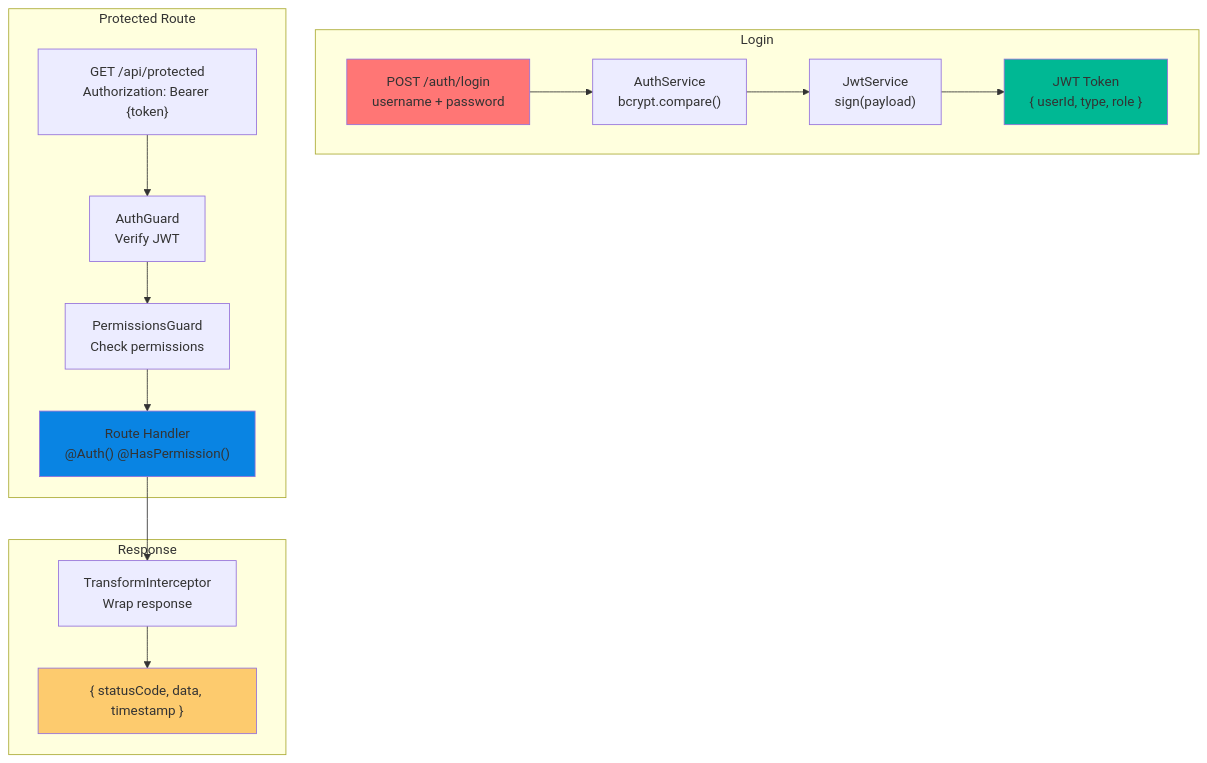
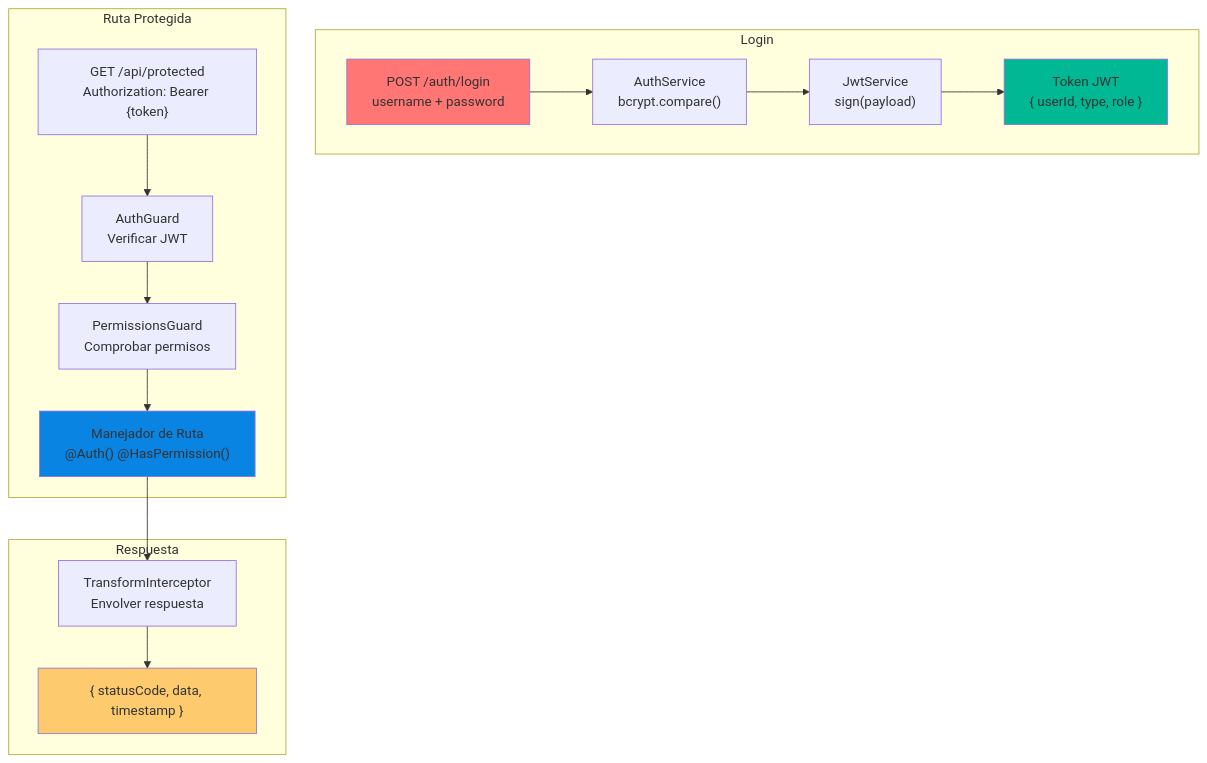
The fourth of 14 diagrams in docs-post-message/docs/backend/architecture/overview.md (Byroncl/laboratory-reviews), drawn with Mermaid before and after one commit. The commit also changed other lines of this file and 17 other files, not shown here.

Commit message:
refactor: implement clean architecture patterns with domains, repositories, use cases, constants, and comprehensive tests

````diff
--- a/docs-post-message/docs/backend/architecture/overview.md
+++ b/docs-post-message/docs/backend/architecture/overview.md
@@ -116,36 +116,36 @@
 ```mermaid
 graph TB
     subgraph "Login"
         LoginCtrl["POST /auth/login<br/>username + password"]
         AuthService["AuthService<br/>bcrypt.compare()"]
         JwtService["JwtService<br/>sign(payload)"]
-        Token["JWT Token<br/>{ userId, type, role }"]
+        Token["Token JWT<br/>{ userId, type, role }"]
     end
     
-    subgraph "Protected Route"
+    subgraph "Ruta Protegida"
         Request["GET /api/protected<br/>Authorization: Bearer {token}"]
-        AuthGuard["AuthGuard<br/>Verify JWT"]
-        PermGuard["PermissionsGuard<br/>Check permissions"]
-        Handler["Route Handler<br/>@Auth() @HasPermission()"]
+        AuthGuard["AuthGuard<br/>Verificar JWT"]
+        PermGuard["PermissionsGuard<br/>Comprobar permisos"]
+        Handler["Manejador de Ruta<br/>@Auth() @HasPermission()"]
     end
     
-    subgraph "Response"
-        TransformInterceptor["TransformInterceptor<br/>Wrap response"]
+    subgraph "Respuesta"
+        TransformInterceptor["TransformInterceptor<br/>Envolver respuesta"]
         Final["{ statusCode, data, timestamp }"]
     end
     
     LoginCtrl --> AuthService
     AuthService --> JwtService
     JwtService --> Token
     
     Request --> AuthGuard
     AuthGuard --> PermGuard
     PermGuard --> Handler
     Handler --> TransformInterceptor
     TransformInterceptor --> Final
     
     style LoginCtrl fill:#ff7675
     style Token fill:#00b894
     style Handler fill:#0984e3
     style Final fill:#fdcb6e
 ```
````
